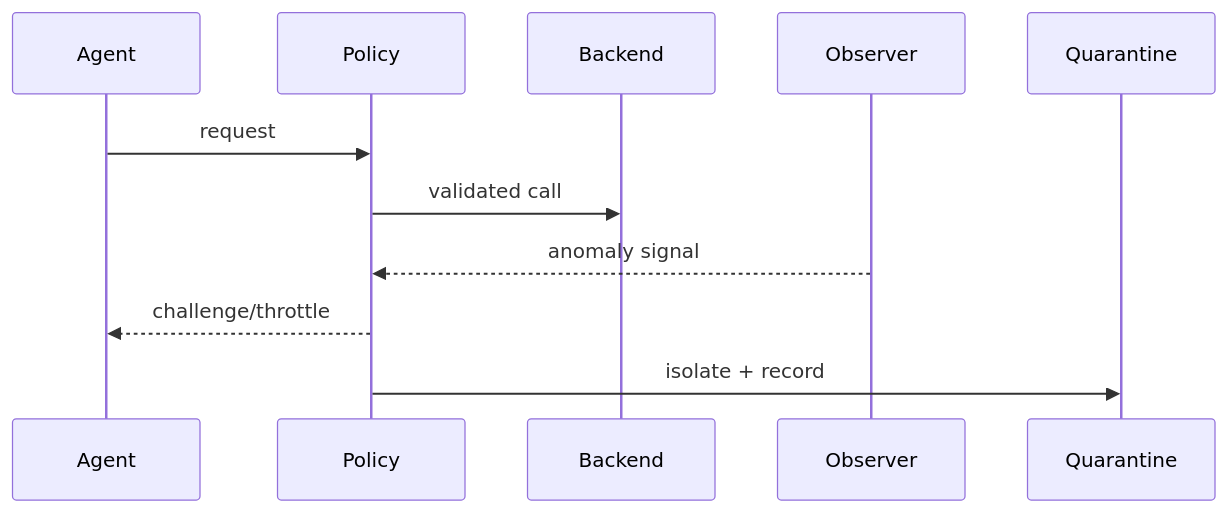
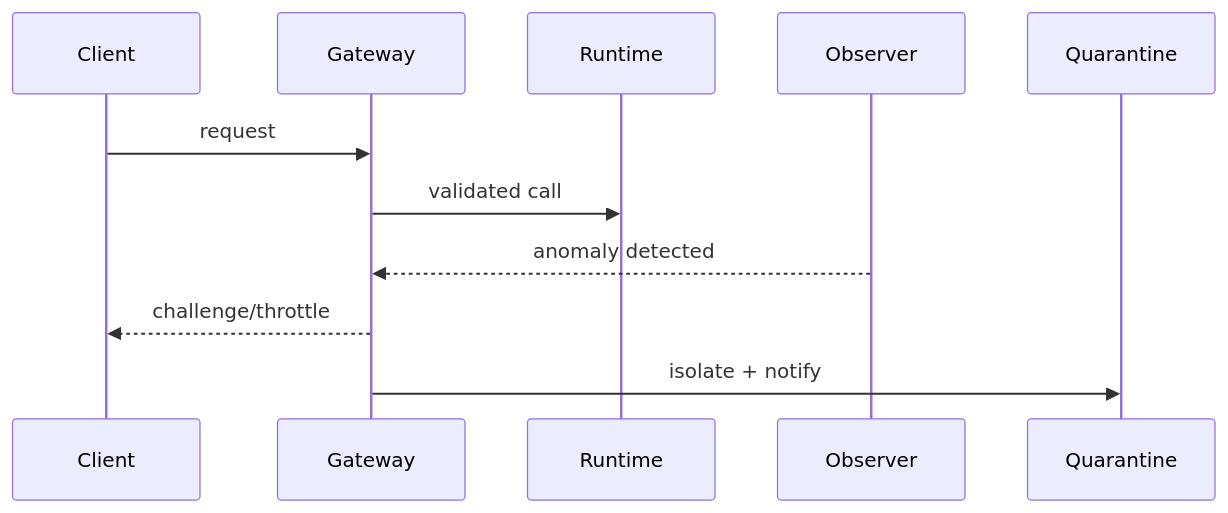
The second of 2 diagrams in docs/azure-agent-infra/acs-aoai-realtime-webrtc-voice-agent-turn-bargein-faq-r1101.en.md (turbo998/ai-infra-lab), drawn with Mermaid before and after one commit. The commit also changed other lines of this file and 7 other files, not shown here.

````diff
--- a/docs/azure-agent-infra/acs-aoai-realtime-webrtc-voice-agent-turn-bargein-faq-r1101.en.md
+++ b/docs/azure-agent-infra/acs-aoai-realtime-webrtc-voice-agent-turn-bargein-faq-r1101.en.md
@@ -146,13 +138,13 @@
 ```mermaid
 sequenceDiagram
-  participant A as Agent
-  participant P as Policy
-  participant B as Backend
+  participant C as Client
+  participant G as Gateway
+  participant R as Runtime
   participant O as Observer
   participant Q as Quarantine
-  A->>P: request
-  P->>B: validated call
-  O-->>P: anomaly signal
-  P-->>A: challenge/throttle
-  P->>Q: isolate + record
+  C->>G: request
+  G->>R: validated call
+  O-->>G: anomaly detected
+  G-->>C: challenge/throttle
+  G->>Q: isolate + notify
 ```
````
